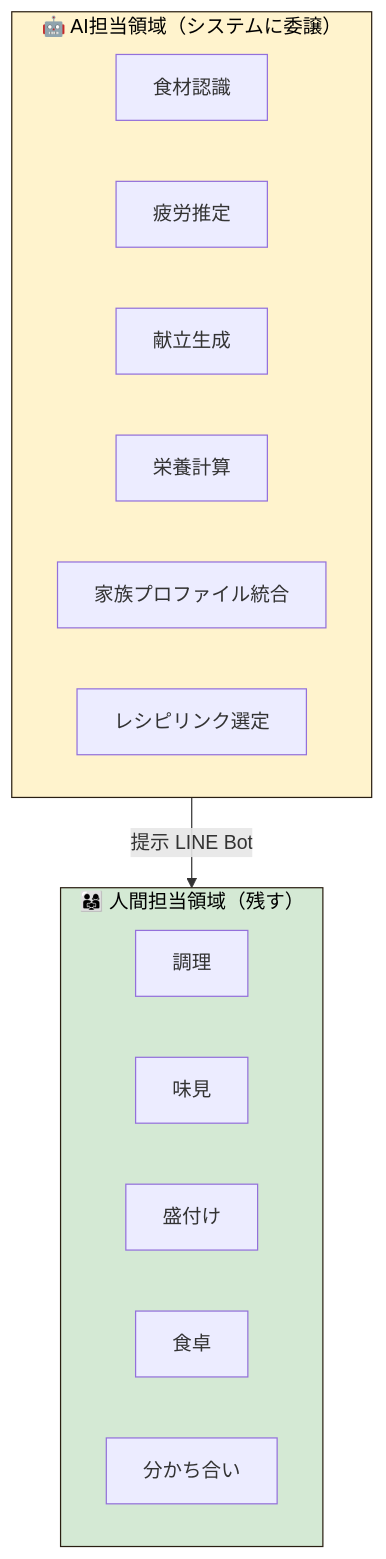
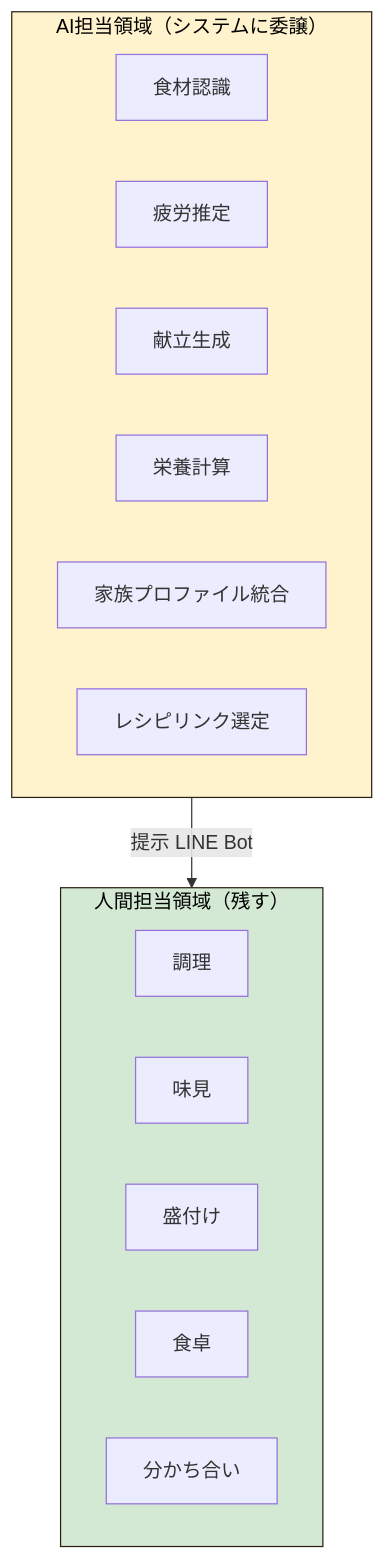
The first of 2 diagrams in aidlc-docs/03-application-design.md (enomotom-cloud/uchigohan), drawn with Mermaid before and after one commit. The commit also changed other lines of this file and 3 other files, not shown here.

Commit message:
docs: remove decorative emojis from mermaid diagrams

````diff
--- a/aidlc-docs/03-application-design.md
+++ b/aidlc-docs/03-application-design.md
@@ -7,22 +7,22 @@
 ```mermaid
 graph TB
-    subgraph AI["🤖 AI担当領域（システムに委譲）"]
+    subgraph AI["AI担当領域（システムに委譲）"]
         A1[食材認識]
         A2[疲労推定]
         A3[献立生成]
         A4[栄養計算]
         A5[家族プロファイル統合]
         A6[レシピリンク選定]
     end
     AI -->|提示 LINE Bot| Human
-    subgraph Human["👨‍👩‍👧 人間担当領域（残す）"]
+    subgraph Human["人間担当領域（残す）"]
         H1[調理]
         H2[味見]
         H3[盛付け]
         H4[食卓]
         H5[分かち合い]
     end
 
     style AI fill:#FFF3CD,stroke:#2A1F12,color:#000
     style Human fill:#D4E9D4,stroke:#2A1F12,color:#000
 ```
````
